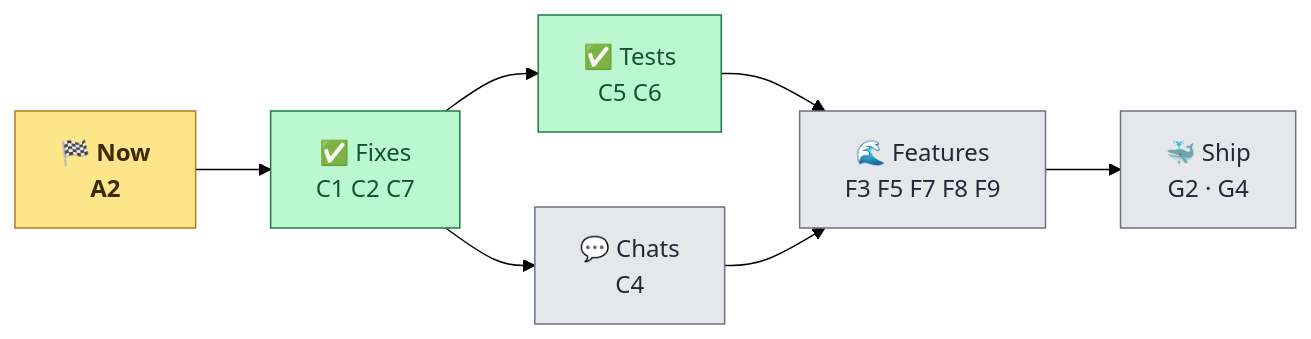
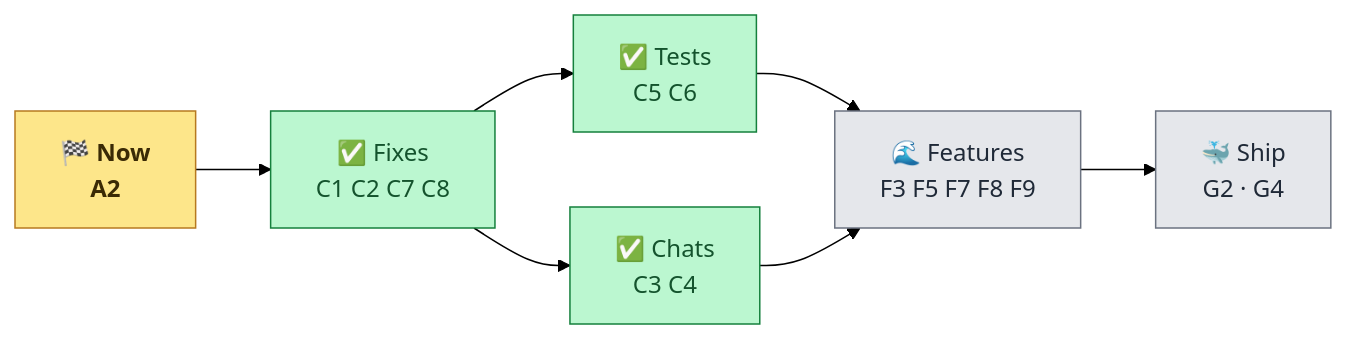
One commit to anurag-joshi-1403/Multi-Agent-AI-Platform changed the third of 3 diagrams in FRONTEND_STATUS.md. Above: the diagram before and after it, drawn with Mermaid (forest theme). The commit also changed other lines of this file and 1 other file, not shown here.

First line of the commit message:
docs(tasks): mark C4 and C8 done

````diff
--- a/FRONTEND_STATUS.md
+++ b/FRONTEND_STATUS.md
@@ -209,14 +217,14 @@
 ```mermaid
 flowchart LR
     classDef now fill:#fde68a,stroke:#b7791f,color:#3a2a05,font-weight:bold
     classDef later fill:#e5e7eb,stroke:#6b7280,color:#1f2937
     classDef done fill:#bbf7d0,stroke:#15803d,color:#14532d
-    N["🏁 Now<br/>A2"] --> FX["✅ Fixes<br/>C1 C2 C7"] --> T["✅ Tests<br/>C5 C6"]
-    FX --> CH["💬 Chats<br/>C4"]
+    N["🏁 Now<br/>A2"] --> FX["✅ Fixes<br/>C1 C2 C7 C8"] --> T["✅ Tests<br/>C5 C6"]
+    FX --> CH["✅ Chats<br/>C3 C4"]
     T --> NEW["🌊 Features<br/>F3 F5 F7 F8 F9"]
     CH --> NEW
     NEW --> SHIP["🐳 Ship<br/>G2 · G4"]
     class N now
-    class FX,T done
-    class CH,NEW,SHIP later
+    class FX,T,CH done
+    class NEW,SHIP later
 ```
````
